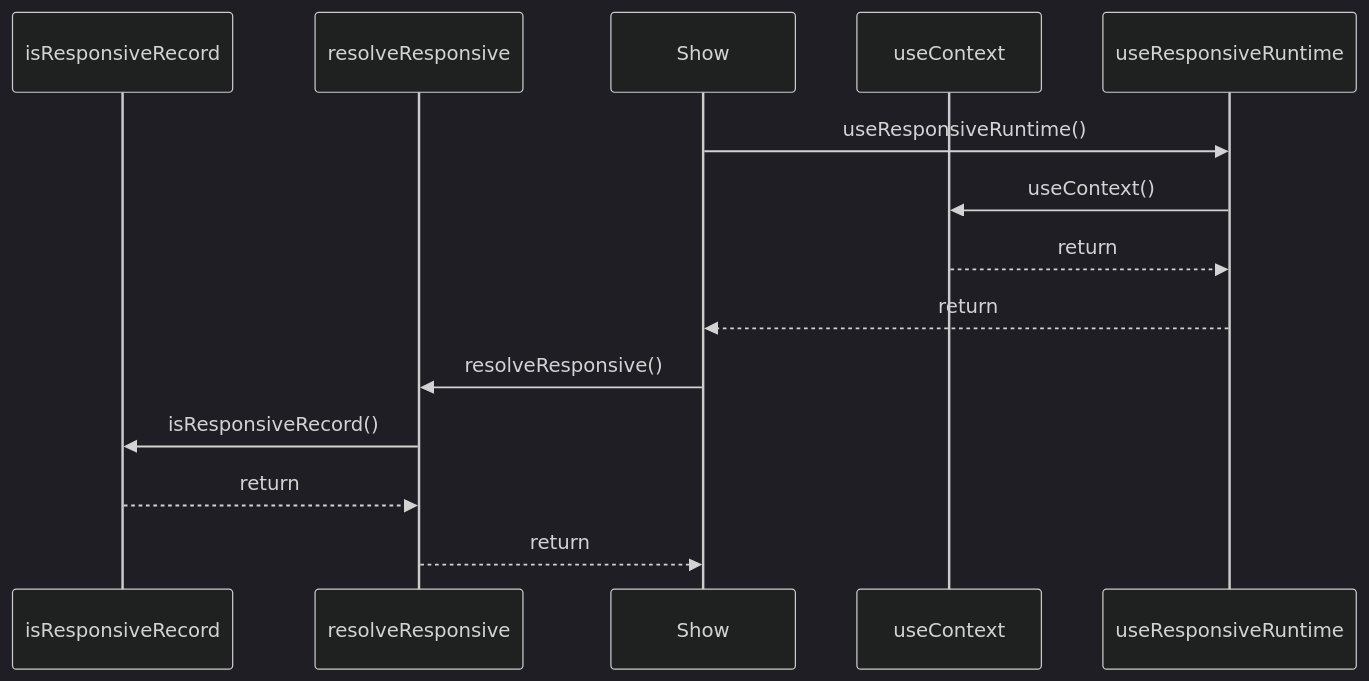
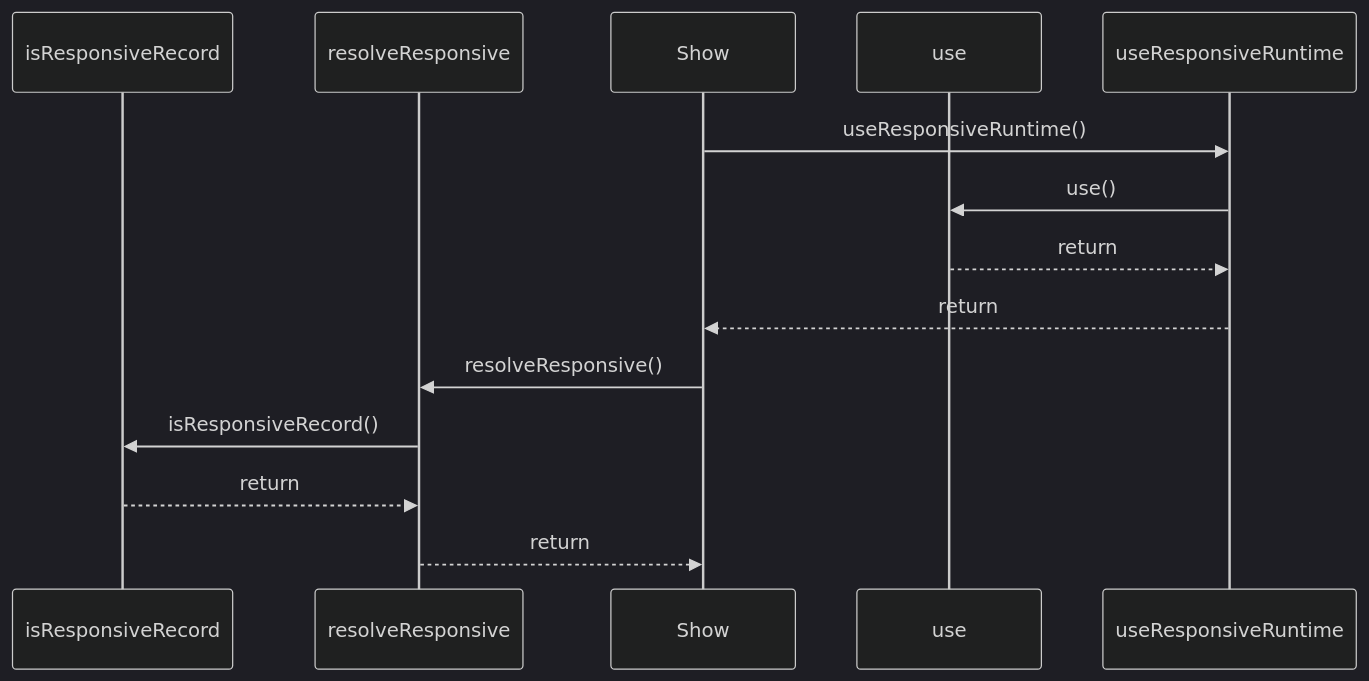
The diagram in paradox/diagrams/sequences/show.mmd (ankhorage/surface), drawn with Mermaid (dark theme) before and after one commit. The commit also changed 75 other files, not shown here.

```diff
--- a/paradox/diagrams/sequences/show.mmd
+++ b/paradox/diagrams/sequences/show.mmd
@@ -1,14 +1,14 @@
 sequenceDiagram
   participant participant_isResponsiveRecord as isResponsiveRecord
   participant participant_resolveResponsive as resolveResponsive
   participant participant_Show as Show
-  participant participant_useContext as useContext
+  participant participant_use as use
   participant participant_useResponsiveRuntime as useResponsiveRuntime
   participant_Show->>participant_useResponsiveRuntime: useResponsiveRuntime()
-  participant_useResponsiveRuntime->>participant_useContext: useContext()
-  participant_useContext-->>participant_useResponsiveRuntime: return
+  participant_useResponsiveRuntime->>participant_use: use()
+  participant_use-->>participant_useResponsiveRuntime: return
   participant_useResponsiveRuntime-->>participant_Show: return
   participant_Show->>participant_resolveResponsive: resolveResponsive()
   participant_resolveResponsive->>participant_isResponsiveRecord: isResponsiveRecord()
   participant_isResponsiveRecord-->>participant_resolveResponsive: return
   participant_resolveResponsive-->>participant_Show: return
```
